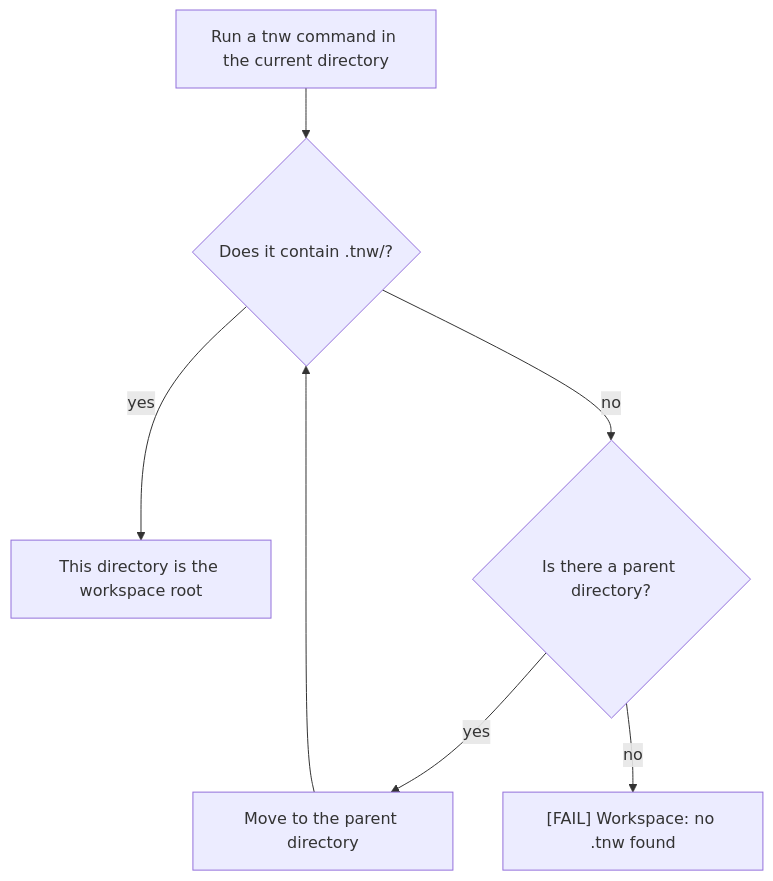
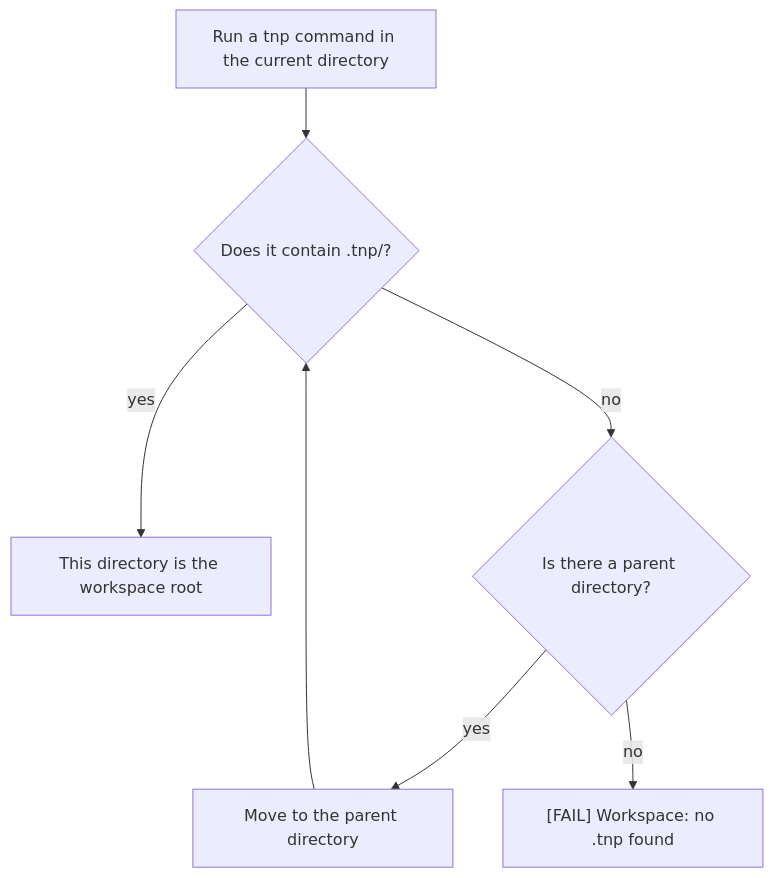
The first of 2 diagrams in docs/work-setup.md (dgerod/tnp), drawn with Mermaid before and after one commit. The commit also changed other lines of this file and 116 other files, not shown here.

First line of the commit message:
refactor!: rename 'tnw' to 'tnp'

````diff
--- a/docs/work-setup.md
+++ b/docs/work-setup.md
@@ -14,8 +14,8 @@
 ```mermaid
 flowchart TD
-    A["Run a tnw command in the current directory"] --> B{"Does it contain .tnw/?"}
+    A["Run a tnp command in the current directory"] --> B{"Does it contain .tnp/?"}
     B -- yes --> R["This directory is the workspace root"]
     B -- no --> C{"Is there a parent directory?"}
     C -- yes --> D["Move to the parent directory"] --> B
-    C -- no --> F["[FAIL] Workspace: no .tnw found"]
+    C -- no --> F["[FAIL] Workspace: no .tnp found"]
 ```
````
